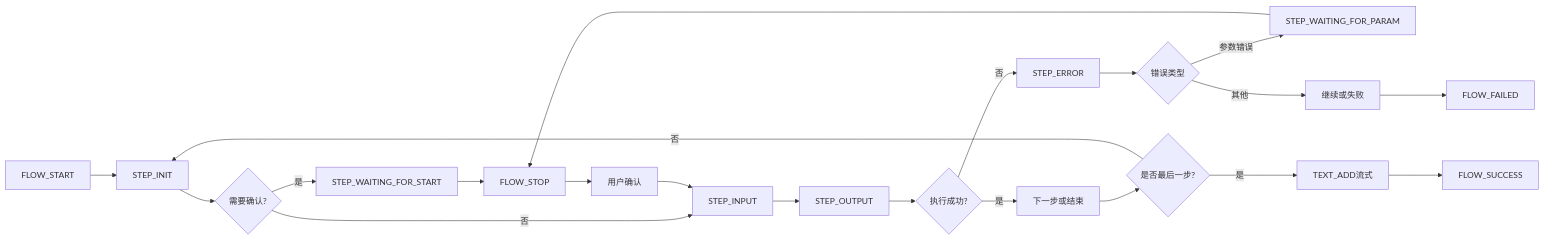
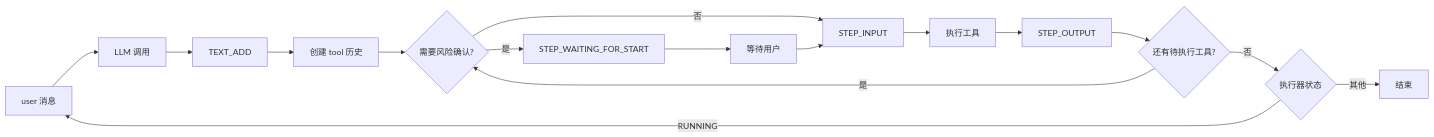
One commit to openeuler-mirror/euler-copilot-framework changed diagram 11 of 13 in design/executor/agent.md. Above: the diagram before and after it, drawn with Mermaid. The commit also changed other lines of this file and 3 other files, not shown here.

````diff
--- a/design/executor/agent.md
+++ b/design/executor/agent.md
@@ -947,23 +1267,18 @@
 ```mermaid
 graph LR
-    A[FLOW_START] --> B[STEP_INIT]
-    B --> C{需要确认?}
-    C -->|是| D[STEP_WAITING_FOR_START]
-    C -->|否| E[STEP_INPUT]
-    D --> F[FLOW_STOP]
-    F --> G[用户确认]
-    G --> E
-    E --> H[STEP_OUTPUT]
-    H --> I{执行成功?}
-    I -->|是| J[下一步或结束]
-    I -->|否| K[STEP_ERROR]
-    K --> L{错误类型}
-    L -->|参数错误| M[STEP_WAITING_FOR_PARAM]
-    L -->|其他| N[继续或失败]
-    M --> F
-    J --> O{是否最后一步?}
-    O -->|是| P[TEXT_ADD流式]
-    O -->|否| B
-    P --> Q[FLOW_SUCCESS]
-    N --> R[FLOW_FAILED]
+    A[user 消息] --> B[LLM 调用]
+    B --> C[TEXT_ADD]
+    C --> D[创建 tool 历史]
+    D --> E{需要风险确认?}
+    E -->|是| F[STEP_WAITING_FOR_START]
+    E -->|否| G[STEP_INPUT]
+    F --> H[等待用户]
+    H --> G
+    G --> I[执行工具]
+    I --> J[STEP_OUTPUT]
+    J --> K{还有待执行工具?}
+    K -->|是| E
+    K -->|否| L{执行器状态}
+    L -->|RUNNING| A
+    L -->|其他| M[结束]
 ```
````
